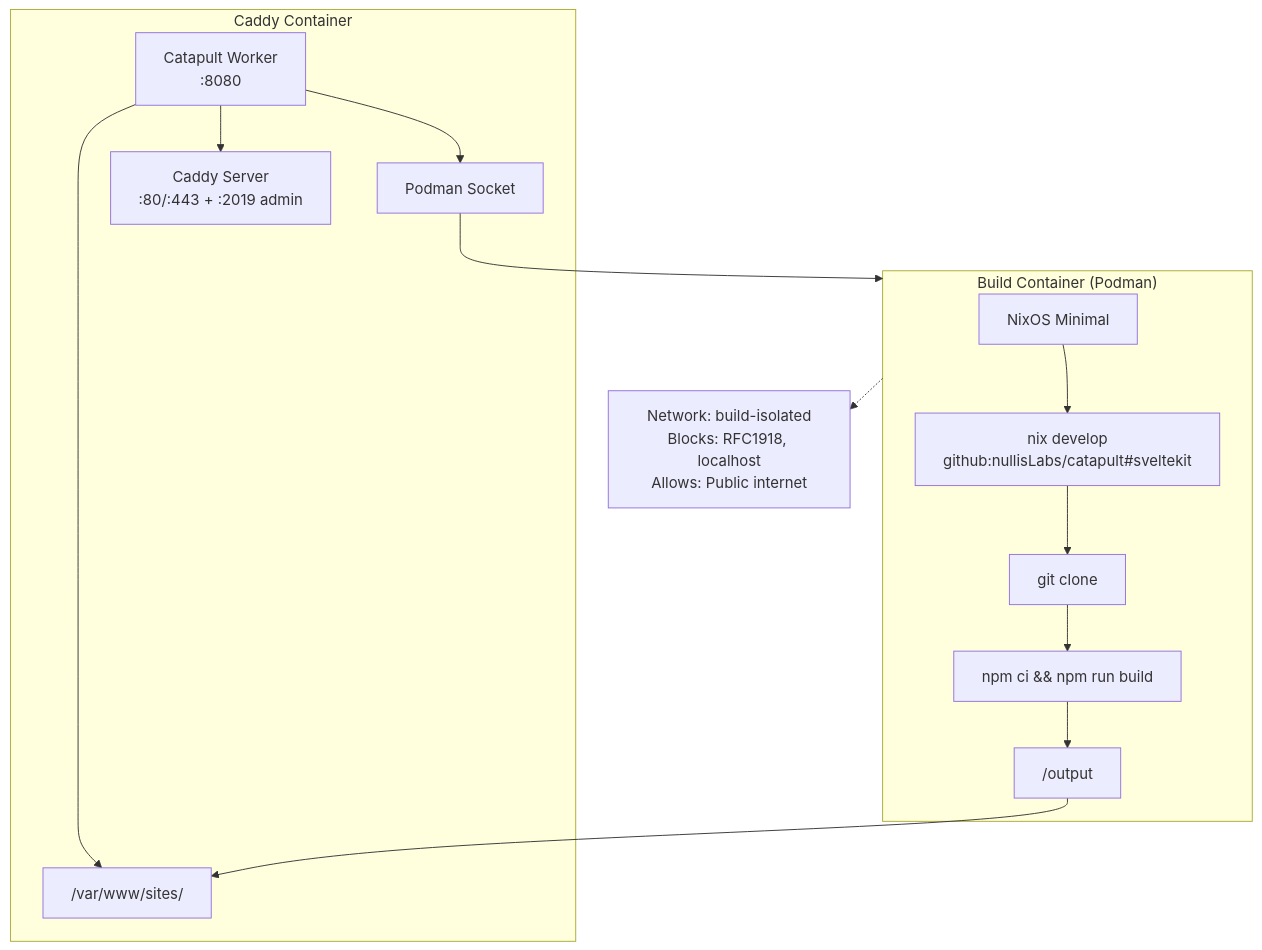
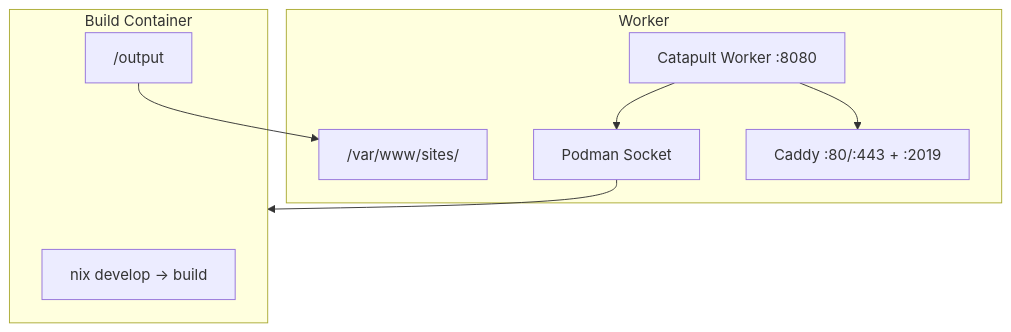
One commit to nullislabs/catapult changed the third of 3 diagrams in docs/architecture.md. Above: the diagram before and after it, drawn with Mermaid. The commit also changed other lines of this file and 3 other files, not shown here.

````diff
--- a/docs/architecture.md
+++ b/docs/architecture.md
@@ -281,32 +118,18 @@
 ```mermaid
 flowchart TB
-    subgraph caddy["Caddy Container"]
-        worker["Catapult Worker<br/>:8080"]
+    subgraph worker["Worker"]
+        api["Catapult Worker :8080"]
         socket["Podman Socket"]
         sites["/var/www/sites/"]
-        caddy_server["Caddy Server<br/>:80/:443 + :2019 admin"]
-
-        worker --> socket
-        worker --> sites
-        worker --> caddy_server
+        caddy["Caddy :80/:443 + :2019"]
     end
 
-    subgraph build["Build Container (Podman)"]
-        nixos["NixOS Minimal"]
-        nix["nix develop<br/>github:nullisLabs/catapult#sveltekit"]
-        git["git clone"]
-        npm["npm ci && npm run build"]
+    subgraph build["Build Container"]
+        nix["nix develop → build"]
         output["/output"]
-
-        nixos --> nix
-        nix --> git
-        git --> npm
-        npm --> output
     end
 
-    socket --> build
+    api --> socket --> build
     output --> sites
-
-    net["Network: build-isolated<br/>Blocks: RFC1918, localhost<br/>Allows: Public internet"]
-    build -.-> net
+    api --> caddy
 ```
````
